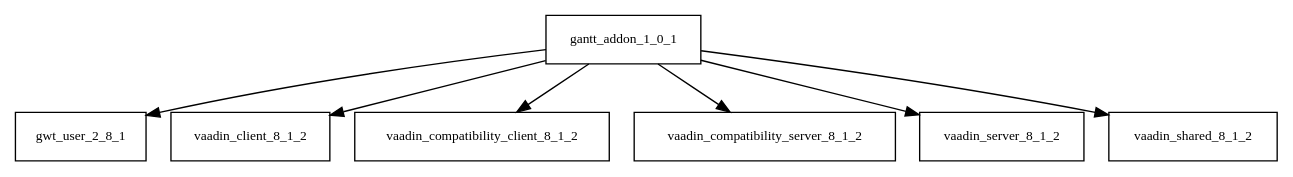
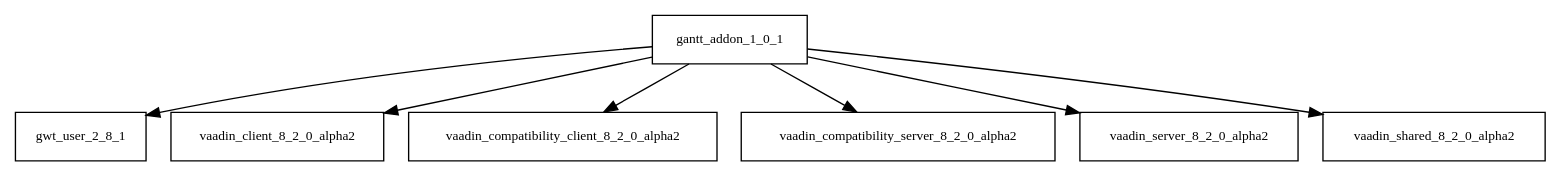
One commit to AglaianWoman/cia changed the diagram in tattleTaleReport/graphviz/gantt-addon-1.0.1.jar/gantt-addon-1.0.1.jar.dot. Above: the diagram before and after it, drawn with Graphviz. The commit also changed 3333 other files, not shown here.

```diff
--- a/tattleTaleReport/graphviz/gantt-addon-1.0.1.jar/gantt-addon-1.0.1.jar.dot
+++ b/tattleTaleReport/graphviz/gantt-addon-1.0.1.jar/gantt-addon-1.0.1.jar.dot
@@ -1,9 +1,9 @@
 digraph gantt_addon_1_0_1_dependencies {
   node [shape = box, fontsize=10.0];
   gantt_addon_1_0_1 -> gwt_user_2_8_1;
-  gantt_addon_1_0_1 -> vaadin_client_8_1_2;
-  gantt_addon_1_0_1 -> vaadin_compatibility_client_8_1_2;
-  gantt_addon_1_0_1 -> vaadin_compatibility_server_8_1_2;
-  gantt_addon_1_0_1 -> vaadin_server_8_1_2;
-  gantt_addon_1_0_1 -> vaadin_shared_8_1_2;
+  gantt_addon_1_0_1 -> vaadin_client_8_2_0_alpha2;
+  gantt_addon_1_0_1 -> vaadin_compatibility_client_8_2_0_alpha2;
+  gantt_addon_1_0_1 -> vaadin_compatibility_server_8_2_0_alpha2;
+  gantt_addon_1_0_1 -> vaadin_server_8_2_0_alpha2;
+  gantt_addon_1_0_1 -> vaadin_shared_8_2_0_alpha2;
 }
```
